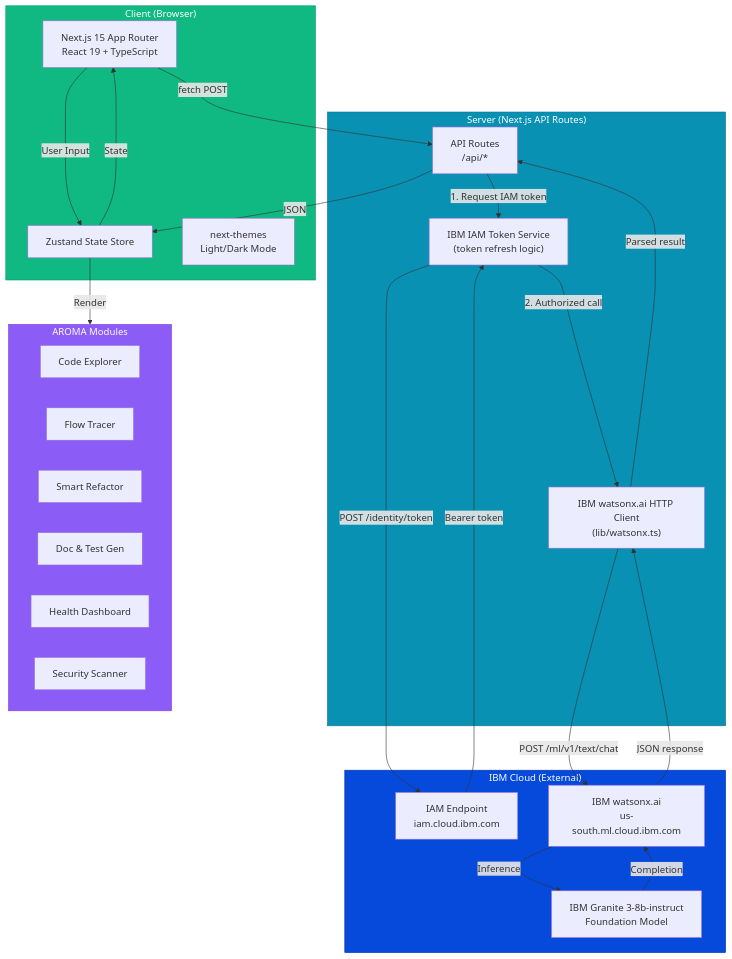
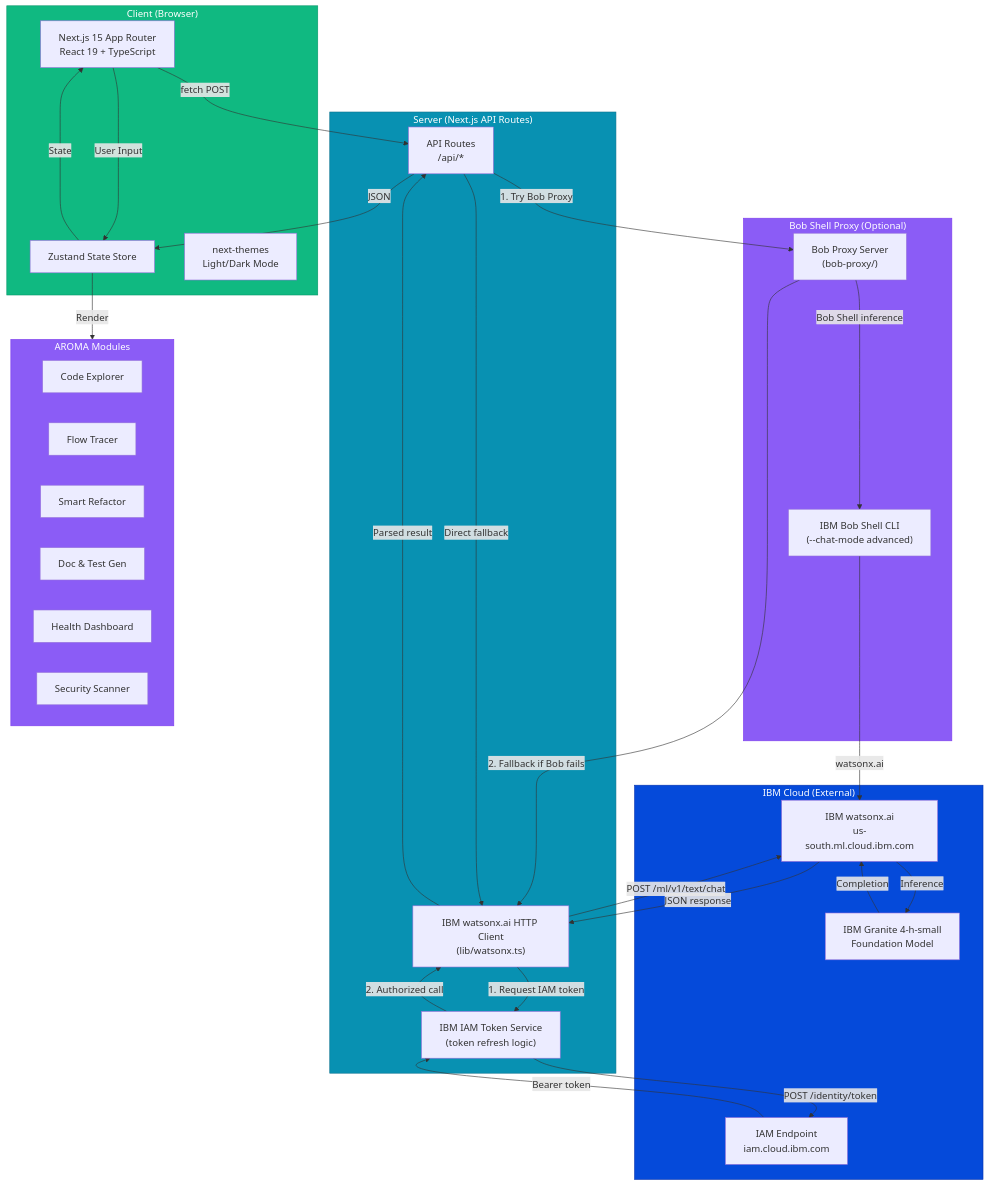
Before and after one commit to arcxteam/IBM-Bob-Code: the first of 21 diagrams in ARCHITECTURE.md, drawn with Mermaid. The commit also changed other lines of this file and 25 other files, not shown here.

First line of the commit message:
fix: post-deadline patch — Bob Shell proxy, Supabase PostgreSQL, TypeScript fixes, docs update

````diff
--- a/ARCHITECTURE.md
+++ b/ARCHITECTURE.md
@@ -57,49 +57,60 @@
 ```mermaid
 graph TB
     subgraph Client ["Client (Browser)"]
         UI["Next.js 15 App Router<br/>React 19 + TypeScript"]
         Store["Zustand State Store"]
         Theme["next-themes<br/>Light/Dark Mode"]
     end
 
     subgraph Server ["Server (Next.js API Routes)"]
         API["API Routes<br/>/api/*"]
         WXClient["IBM watsonx.ai HTTP Client<br/>(lib/watsonx.ts)"]
         IAM["IBM IAM Token Service<br/>(token refresh logic)"]
     end
 
+    subgraph BobProxy ["Bob Shell Proxy (Optional)"]
+        BP["Bob Proxy Server<br/>(bob-proxy/)"]
+        BShell["IBM Bob Shell CLI<br/>(--chat-mode advanced)"]
+    end
+
     subgraph Modules ["AROMA Modules"]
         M1["Code Explorer"]
         M2["Flow Tracer"]
         M3["Smart Refactor"]
         M4["Doc & Test Gen"]
         M5["Health Dashboard"]
         M6["Security Scanner"]
     end
 
     subgraph IBM_Cloud ["IBM Cloud (External)"]
         IAMEP["IAM Endpoint<br/>iam.cloud.ibm.com"]
         WXAI["IBM watsonx.ai<br/>us-south.ml.cloud.ibm.com"]
-        Granite["IBM Granite 3-8b-instruct<br/>Foundation Model"]
+        Granite["IBM Granite 4-h-small<br/>Foundation Model"]
     end
 
     UI -->|User Input| Store
     UI -->|fetch POST| API
     Store -->|State| UI
-    API -->|1. Request IAM token| IAM
+    API -->|1. Try Bob Proxy| BP
+    BP -->|Bob Shell inference| BShell
+    BShell -->|watsonx.ai| WXAI
+    BP -->|2. Fallback if Bob fails| WXClient
+    API -->|Direct fallback| WXClient
+    WXClient -->|1. Request IAM token| IAM
     IAM -->|POST /identity/token| IAMEP
     IAMEP -->|Bearer token| IAM
     IAM -->|2. Authorized call| WXClient
     WXClient -->|POST /ml/v1/text/chat| WXAI
     WXAI -->|Inference| Granite
     Granite -->|Completion| WXAI
     WXAI -->|JSON response| WXClient
     WXClient -->|Parsed result| API
     API -->|JSON| Store
     Store -->|Render| Modules
 
     style Client fill:#10b981,stroke:#059669,color:#fff
     style Server fill:#0891b2,stroke:#0e7490,color:#fff
+    style BobProxy fill:#8b5cf6,stroke:#7c3aed,color:#fff
     style Modules fill:#8b5cf6,stroke:#7c3aed,color:#fff
     style IBM_Cloud fill:#054ADA,stroke:#0530AD,color:#fff
 ```
````
